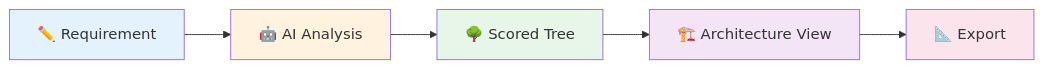
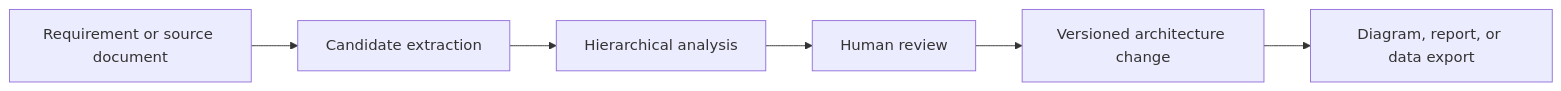
Before and after one commit to carstenartur/Taxonomy: the first of 2 diagrams in README.md, drawn with Mermaid. The commit also changed other lines of this file and 34 other files, not shown here.

````diff
--- a/README.md
+++ b/README.md
@@ -15,13 +32,8 @@
 ```mermaid
 flowchart LR
-    A["✏️ Requirement"] --> B["🤖 AI Analysis"]
-    B --> C["🌳 Scored Tree"]
-    C --> D["🏗️ Architecture View"]
-    D --> E["📐 Export"]
-
-    style A fill:#e3f2fd
-    style B fill:#fff3e0
-    style C fill:#e8f5e9
-    style D fill:#f3e5f5
-    style E fill:#fce4ec
+    A[Requirement or source document] --> B[Candidate extraction]
+    B --> C[Hierarchical analysis]
+    C --> D[Human review]
+    D --> E[Versioned architecture change]
+    E --> F[Diagram, report, or data export]
 ```
````
